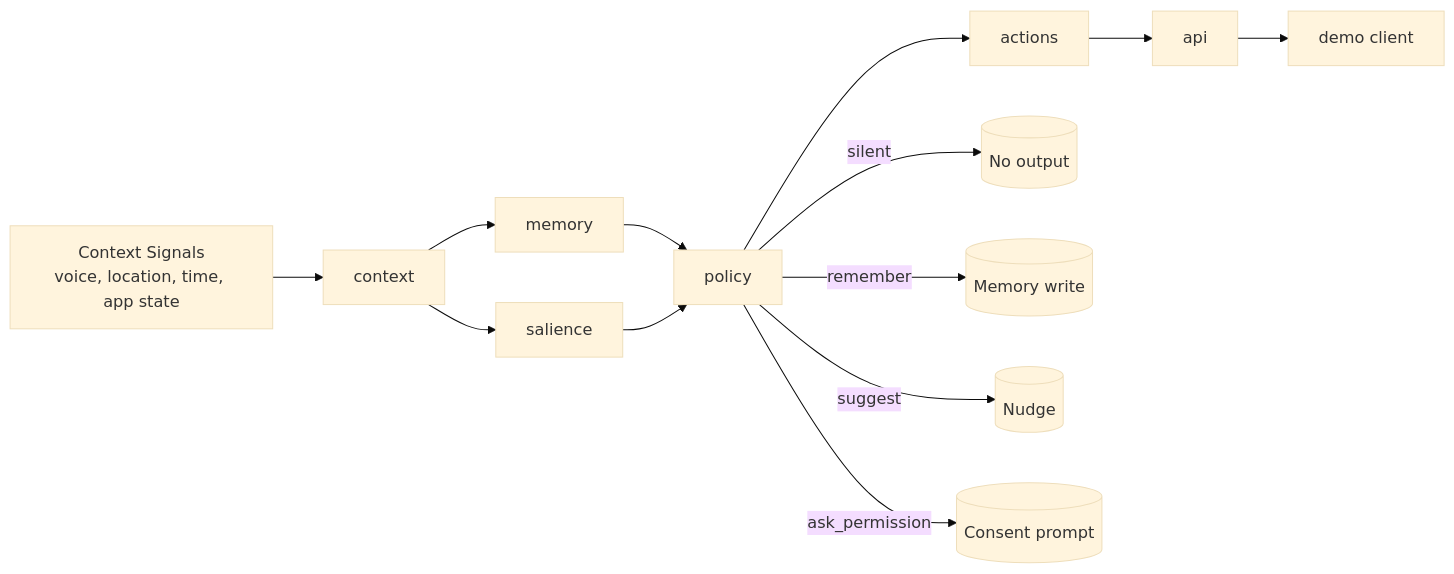
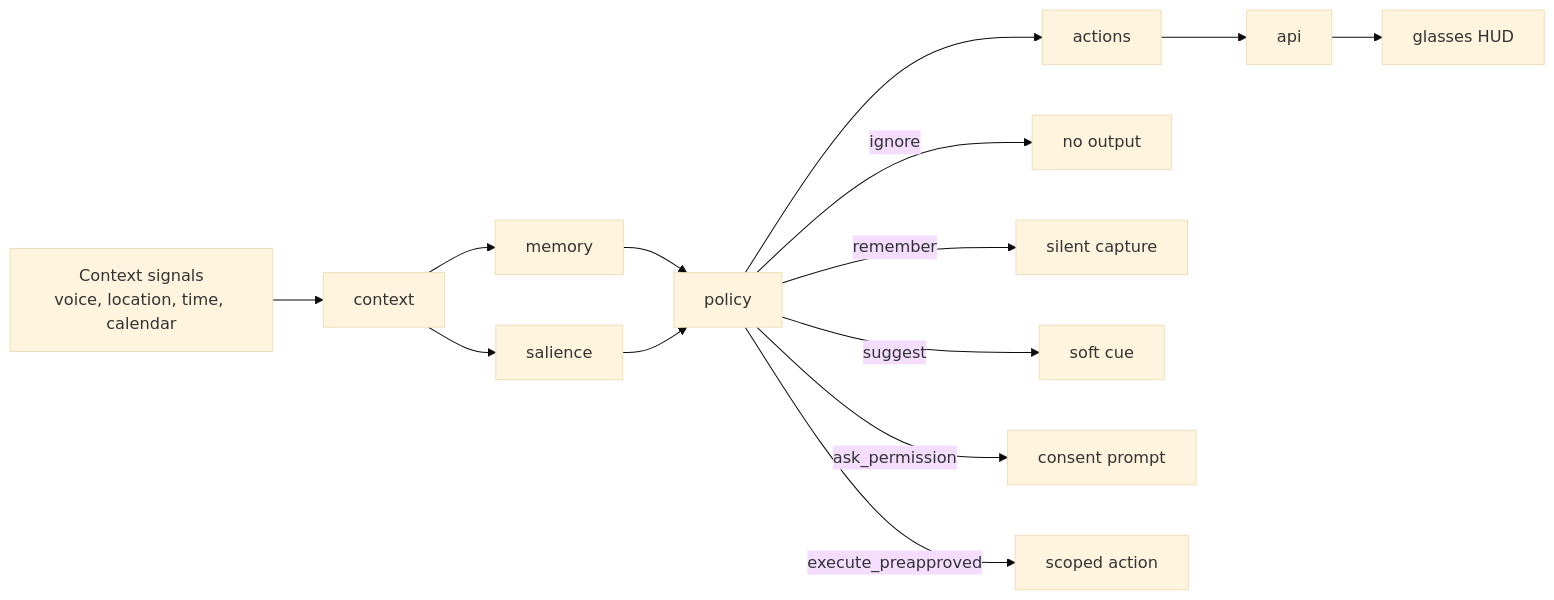
Before and after one commit to sebaleks/AIR: the diagram in README.md, drawn with Mermaid (base theme). The commit also changed other lines of this file and 1 other file, not shown here.

First line of the commit message:
docs: 2-min demo script (AIR-012) + README tighten (AIR-041)

````diff
--- a/README.md
+++ b/README.md
@@ -32,16 +40,17 @@
 ```mermaid
 flowchart LR
-    S[Context Signals\nvoice, location, time, app state] --> C[context]
+    S[Context signals<br/>voice, location, time, calendar] --> C[context]
     C --> SAL[salience]
     C --> MEM[memory]
     MEM --> POL[policy]
     SAL --> POL
     POL --> ACT[actions]
     ACT --> API[api]
-    API --> D[demo client]
+    API --> HUD[glasses HUD]
 
-    POL -->|silent| A1[(No output)]
-    POL -->|remember| A2[(Memory write)]
-    POL -->|suggest| A3[(Nudge)]
-    POL -->|ask_permission| A4[(Consent prompt)]
+    POL -->|ignore| A0[no output]
+    POL -->|remember| A1[silent capture]
+    POL -->|suggest| A2[soft cue]
+    POL -->|ask_permission| A3[consent prompt]
+    POL -->|execute_preapproved| A4[scoped action]
 ```
````
